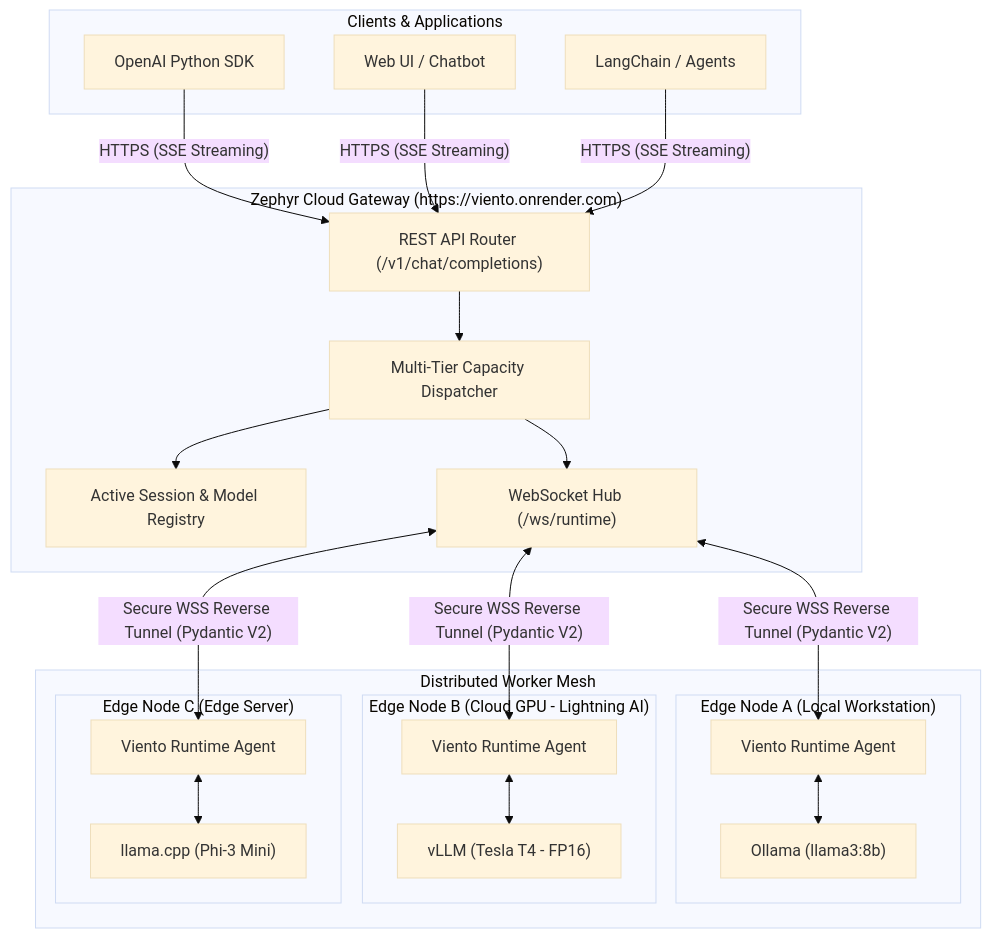
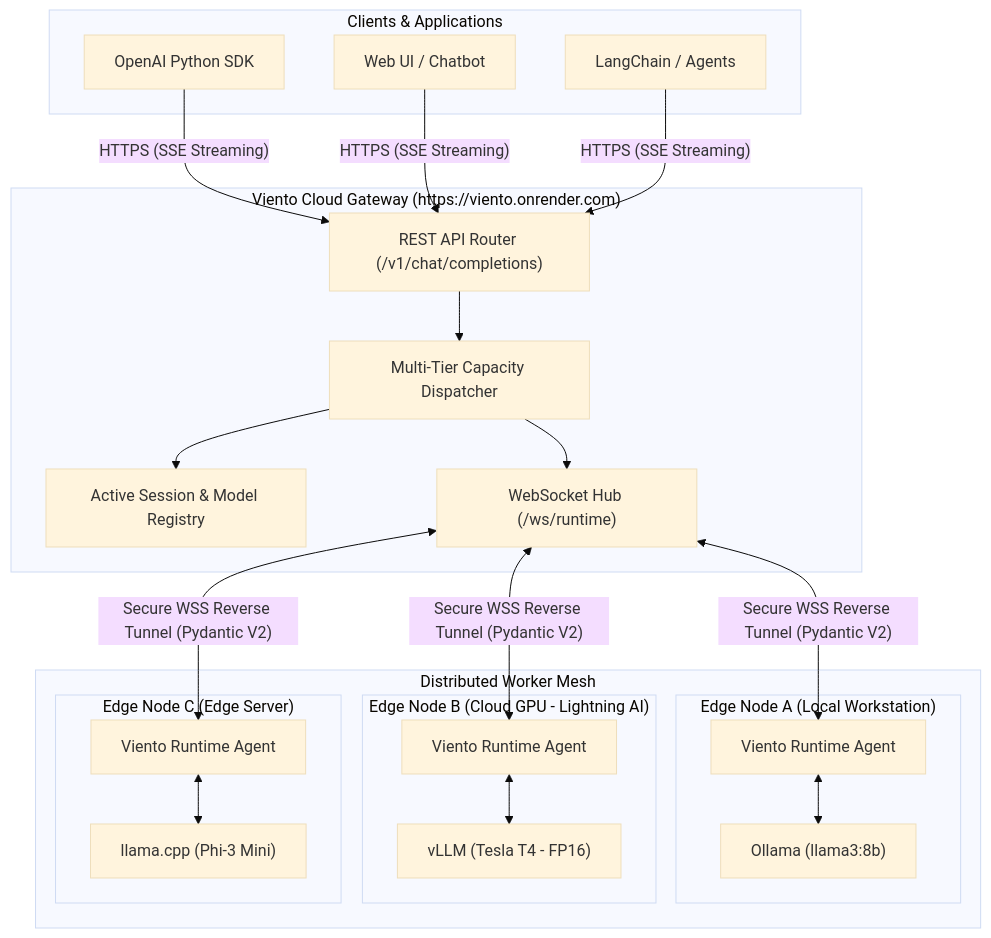
Before and after one commit to abhinav00anand/viento: the first of 2 diagrams in README.md, drawn with Mermaid (base theme). The commit also changed other lines of this file and 55 other files, not shown here.

Commit message:
refactor: rename all zephyr references to viento across codebase, docs, and configs

````diff
--- a/README.md
+++ b/README.md
@@ -113,43 +113,43 @@
 ```mermaid
 flowchart TD
     subgraph Clients["Clients & Applications"]
         C1["OpenAI Python SDK"]
         C2["Web UI / Chatbot"]
         C3["LangChain / Agents"]
     end
 
-    subgraph Gateway["Zephyr Cloud Gateway (https://viento.onrender.com)"]
+    subgraph Gateway["Viento Cloud Gateway (https://viento.onrender.com)"]
         GW_API["REST API Router (/v1/chat/completions)"]
         DISP["Multi-Tier Capacity Dispatcher"]
         REG["Active Session & Model Registry"]
         WS_HUB["WebSocket Hub (/ws/runtime)"]
     end
 
     subgraph Mesh["Distributed Worker Mesh"]
         subgraph Node1["Edge Node A (Local Workstation)"]
             V1["Viento Runtime Agent"]
             ENG1["Ollama (llama3:8b)"]
         end
         subgraph Node2["Edge Node B (Cloud GPU - Lightning AI)"]
             V2["Viento Runtime Agent"]
             ENG2["vLLM (Tesla T4 - FP16)"]
         end
         subgraph Node3["Edge Node C (Edge Server)"]
             V3["Viento Runtime Agent"]
             ENG3["llama.cpp (Phi-3 Mini)"]
         end
     end
 
     C1 & C2 & C3 -->|"HTTPS (SSE Streaming)"| GW_API
     GW_API --> DISP
     DISP --> REG
     DISP --> WS_HUB
 
     WS_HUB <-->|"Secure WSS Reverse Tunnel (Pydantic V2)"| V1
     WS_HUB <-->|"Secure WSS Reverse Tunnel (Pydantic V2)"| V2
     WS_HUB <-->|"Secure WSS Reverse Tunnel (Pydantic V2)"| V3
 
     V1 <--> ENG1
     V2 <--> ENG2
     V3 <--> ENG3
 ```
````
